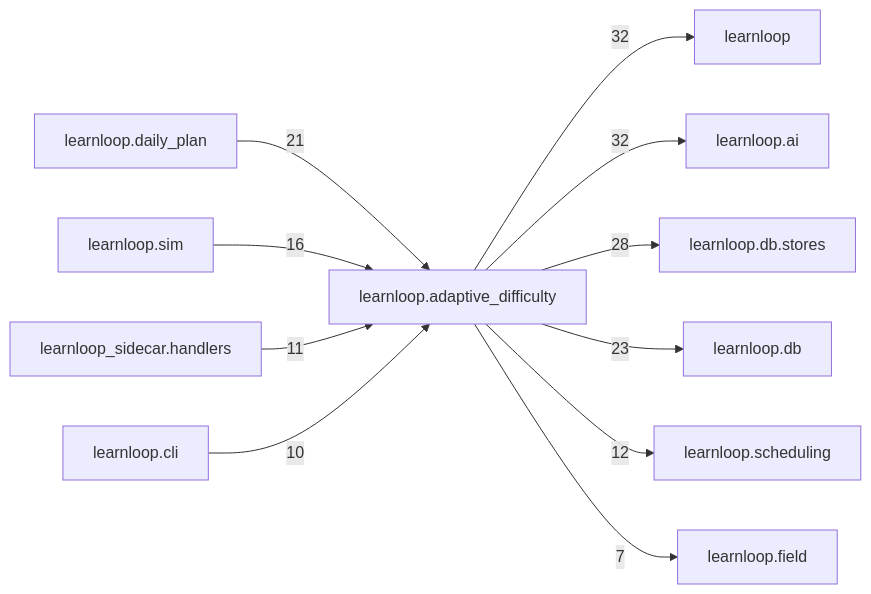
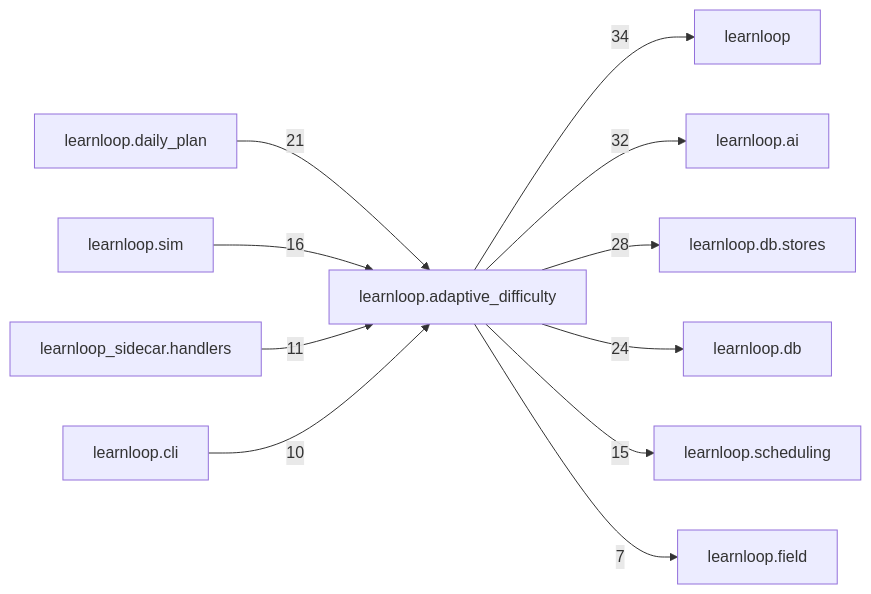
Before and after one commit to 6up-b/learnanything: the diagram in docs/learnloop-architecture-vault/Reference/Modules/learnloop/adaptive_difficulty/_package.md, drawn with Mermaid. The commit also changed other lines of this file and 51 other files, not shown here.

````diff
--- a/docs/learnloop-architecture-vault/Reference/Modules/learnloop/adaptive_difficulty/_package.md
+++ b/docs/learnloop-architecture-vault/Reference/Modules/learnloop/adaptive_difficulty/_package.md
@@ -183,24 +185,24 @@
 ```mermaid
 flowchart LR
     center["learnloop.adaptive_difficulty"]
     n_learnloop["learnloop"]
     n_learnloop_ai["learnloop.ai"]
     n_learnloop_db_stores["learnloop.db.stores"]
     n_learnloop_db["learnloop.db"]
     n_learnloop_daily_plan["learnloop.daily_plan"]
     n_learnloop_sim["learnloop.sim"]
     n_learnloop_scheduling["learnloop.scheduling"]
     n_learnloop_sidecar_handlers["learnloop_sidecar.handlers"]
     n_learnloop_cli["learnloop.cli"]
     n_learnloop_field["learnloop.field"]
-    center -->|32| n_learnloop
+    center -->|34| n_learnloop
     center -->|32| n_learnloop_ai
     center -->|28| n_learnloop_db_stores
-    center -->|23| n_learnloop_db
+    center -->|24| n_learnloop_db
     n_learnloop_daily_plan -->|21| center
     n_learnloop_sim -->|16| center
-    center -->|12| n_learnloop_scheduling
+    center -->|15| n_learnloop_scheduling
     n_learnloop_sidecar_handlers -->|11| center
     n_learnloop_cli -->|10| center
     center -->|7| n_learnloop_field
 ```
````
